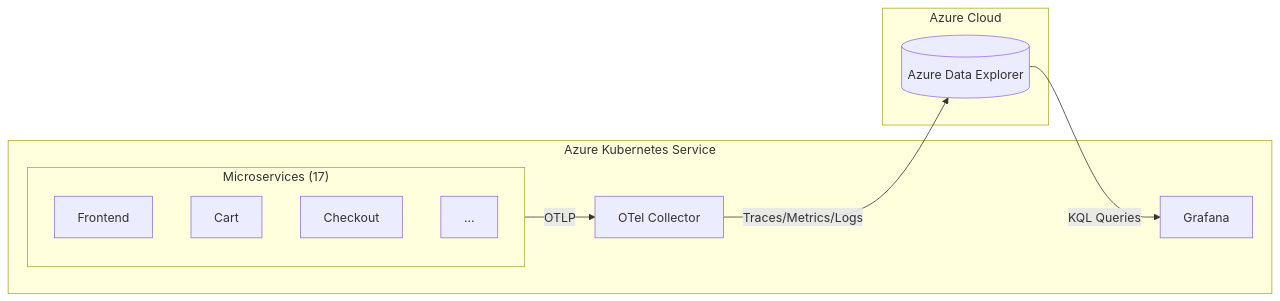
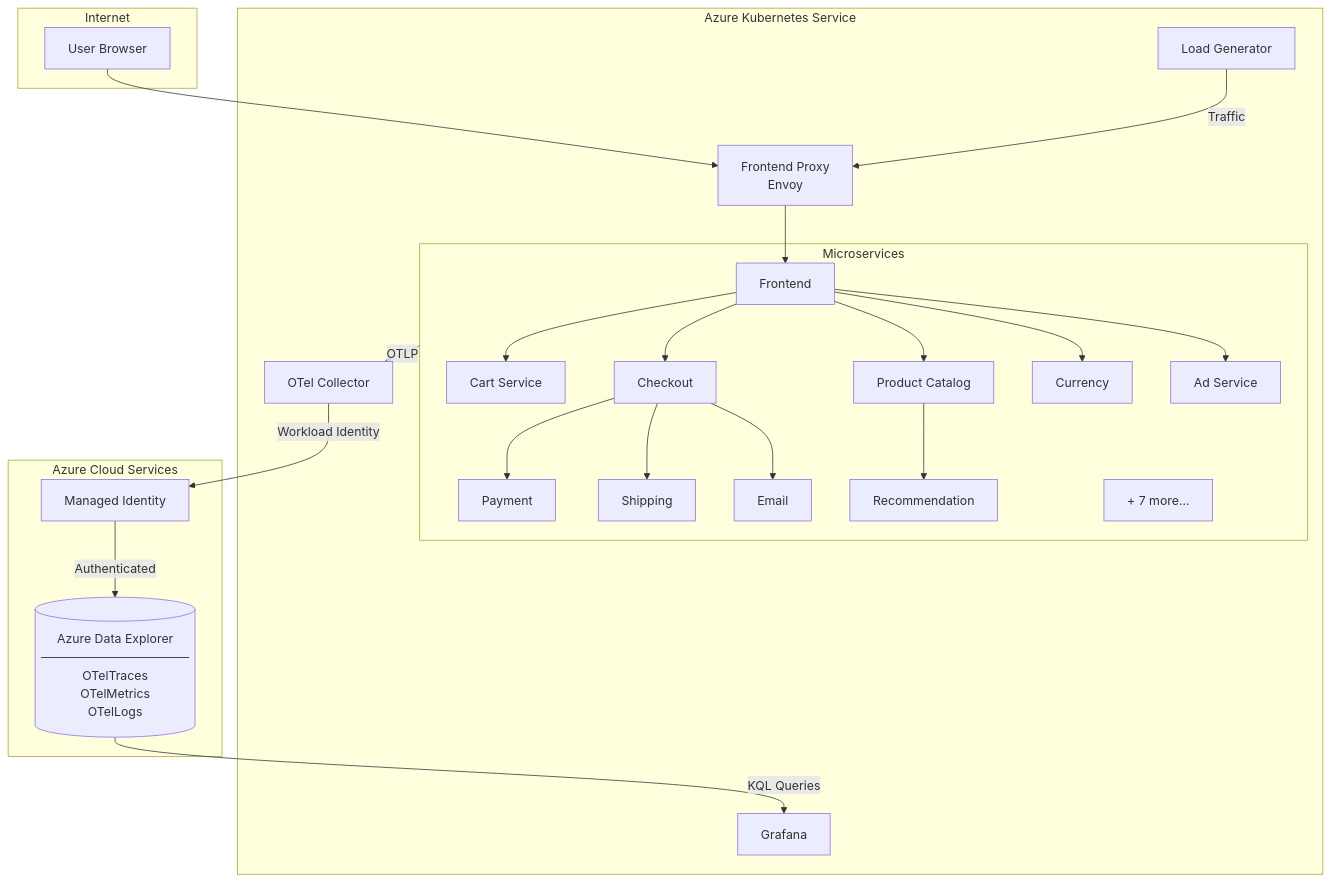
One commit to open-telemetry/opentelemetry-demo changed the second of 5 diagrams in README.md. Above: the diagram before and after it, drawn with Mermaid. The commit also changed other lines of this file, not shown here.

First line of the commit message:
docs: rewrite README for ADX fork with architecture diagrams

````diff
--- a/README.md
+++ b/README.md
@@ -63,22 +100,46 @@
 ```mermaid
-flowchart LR
+flowchart TB
+    subgraph Internet
+        User[User Browser]
+    end
+
     subgraph AKS["Azure Kubernetes Service"]
-        subgraph Services["Microservices (17)"]
+        subgraph Services["Microservices"]
             FE[Frontend]
-            Cart[Cart]
+            Cart[Cart Service]
             Checkout[Checkout]
-            Other[...]
+            Payment[Payment]
+            Product[Product Catalog]
+            Currency[Currency]
+            Shipping[Shipping]
+            Email[Email]
+            Recommend[Recommendation]
+            Ad[Ad Service]
+            Other[+ 7 more...]
         end
 
+        FP[Frontend Proxy<br/>Envoy]
         OTel[OTel Collector]
         Grafana[Grafana]
+        LG[Load Generator]
     end
 
-    subgraph Azure["Azure Cloud"]
-        ADX[(Azure Data Explorer)]
+    subgraph Azure["Azure Cloud Services"]
+        ADX[(Azure Data Explorer<br/>─────────────────<br/>OTelTraces<br/>OTelMetrics<br/>OTelLogs)]
+        MI[Managed Identity]
     end
 
+    User --> FP
+    FP --> FE
+    FE --> Cart & Checkout & Product & Currency
+    Checkout --> Payment & Shipping & Email
+    Product --> Recommend
+    FE --> Ad
+
     Services -->|OTLP| OTel
-    OTel -->|Traces/Metrics/Logs| ADX
+    LG -->|Traffic| FP
+
+    OTel -->|Workload Identity| MI
+    MI -->|Authenticated| ADX
     ADX -->|KQL Queries| Grafana
 ```
````
